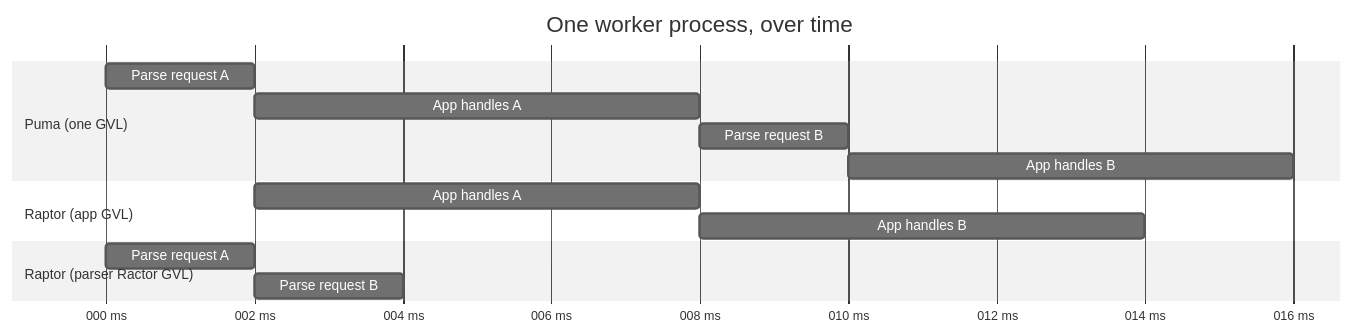
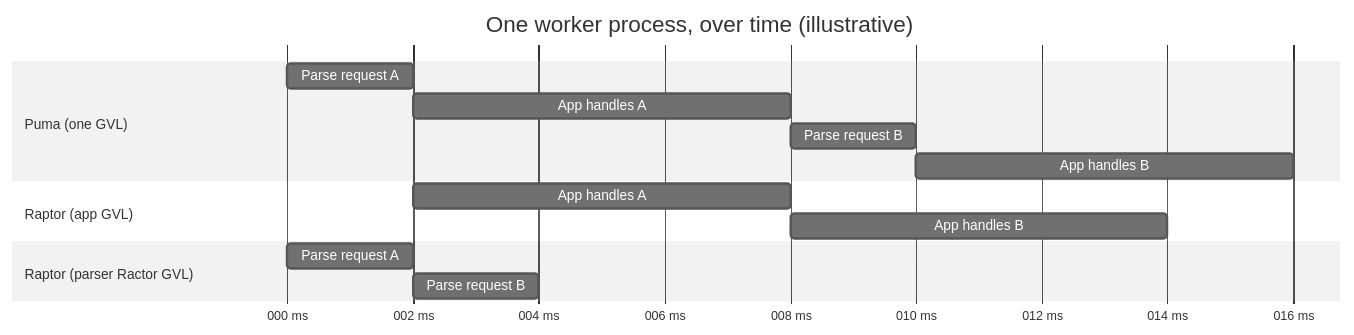
Before and after one commit to joshuay03/raptor: the second of 18 diagrams in docs/talk.md, drawn with Mermaid (neutral theme). The commit also changed other lines of this file and 3 other files, not shown here.

````diff
--- a/docs/talk.md
+++ b/docs/talk.md
@@ -280,20 +277,25 @@
 ```mermaid
+---
+config:
+    gantt:
+        leftPadding: 220
+---
 gantt
-    title One worker process, over time
+    title One worker process, over time (illustrative)
     dateFormat x
     axisFormat %L ms
 
     section Puma (one GVL)
     Parse request A     :0, 2
     App handles A       :2, 8
     Parse request B     :8, 10
     App handles B       :10, 16
 
     section Raptor (app GVL)
     App handles A       :2, 8
     App handles B       :8, 14
 
     section Raptor (parser Ractor GVL)
     Parse request A     :0, 2
     Parse request B     :2, 4
 ```
````
